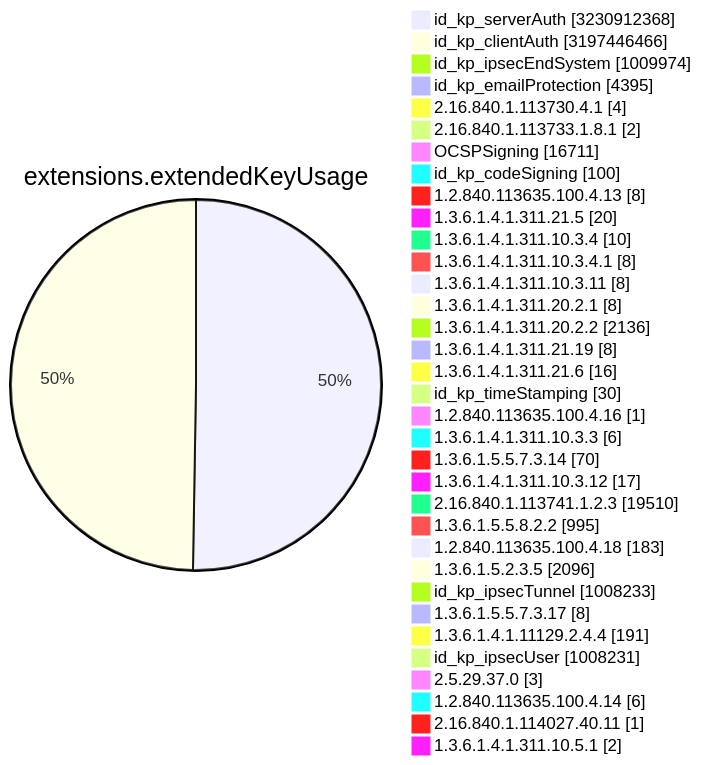
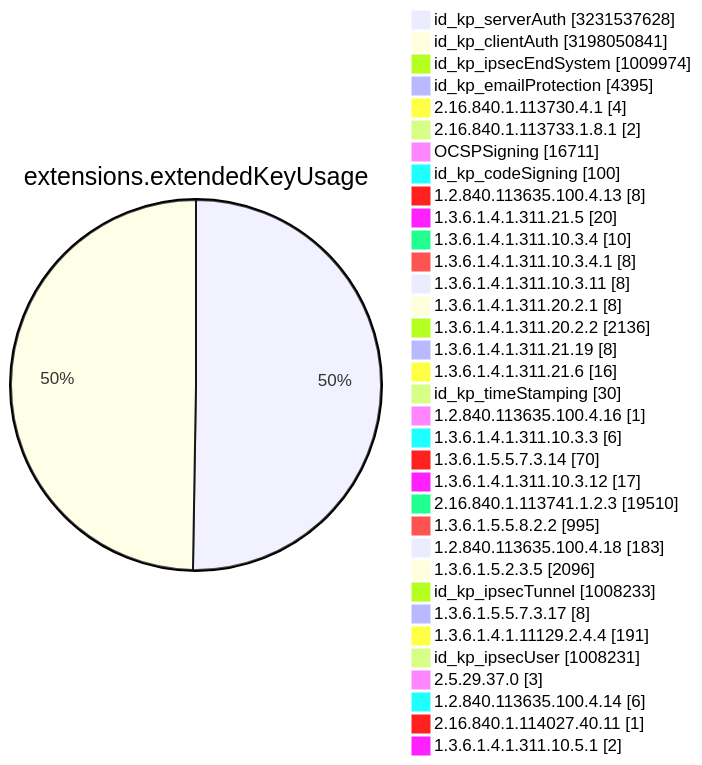
One commit to christiankrug/ctmonitor_visualization changed diagram 11 of 15 in TOTAL/README.md. Above: the diagram before and after it, drawn with Mermaid. The commit also changed other lines of this file, not shown here.

````diff
--- a/TOTAL/README.md
+++ b/TOTAL/README.md
@@ -4119,38 +4119,38 @@
 ```mermaid
 pie showData
 title extensions.extendedKeyUsage
-"id_kp_serverAuth" :3230912368
-"id_kp_clientAuth" :3197446466
+"id_kp_serverAuth" :3231537628
+"id_kp_clientAuth" :3198050841
 "id_kp_ipsecEndSystem" :1009974
 "id_kp_emailProtection" :4395
 "2.16.840.1.113730.4.1" :4
 "2.16.840.1.113733.1.8.1" :2
 "OCSPSigning" :16711
 "id_kp_codeSigning" :100
 "1.2.840.113635.100.4.13" :8
 "1.3.6.1.4.1.311.21.5" :20
 "1.3.6.1.4.1.311.10.3.4" :10
 "1.3.6.1.4.1.311.10.3.4.1" :8
 "1.3.6.1.4.1.311.10.3.11" :8
 "1.3.6.1.4.1.311.20.2.1" :8
 "1.3.6.1.4.1.311.20.2.2" :2136
 "1.3.6.1.4.1.311.21.19" :8
 "1.3.6.1.4.1.311.21.6" :16
 "id_kp_timeStamping" :30
 "1.2.840.113635.100.4.16" :1
 "1.3.6.1.4.1.311.10.3.3" :6
 "1.3.6.1.5.5.7.3.14" :70
 "1.3.6.1.4.1.311.10.3.12" :17
 "2.16.840.1.113741.1.2.3" :19510
 "1.3.6.1.5.5.8.2.2" :995
 "1.2.840.113635.100.4.18" :183
 "1.3.6.1.5.2.3.5" :2096
 "id_kp_ipsecTunnel" :1008233
 "1.3.6.1.5.5.7.3.17" :8
 "1.3.6.1.4.1.11129.2.4.4" :191
 "id_kp_ipsecUser" :1008231
 "2.5.29.37.0" :3
 "1.2.840.113635.100.4.14" :6
 "2.16.840.1.114027.40.11" :1
 "1.3.6.1.4.1.311.10.5.1" :2
 ```
````
